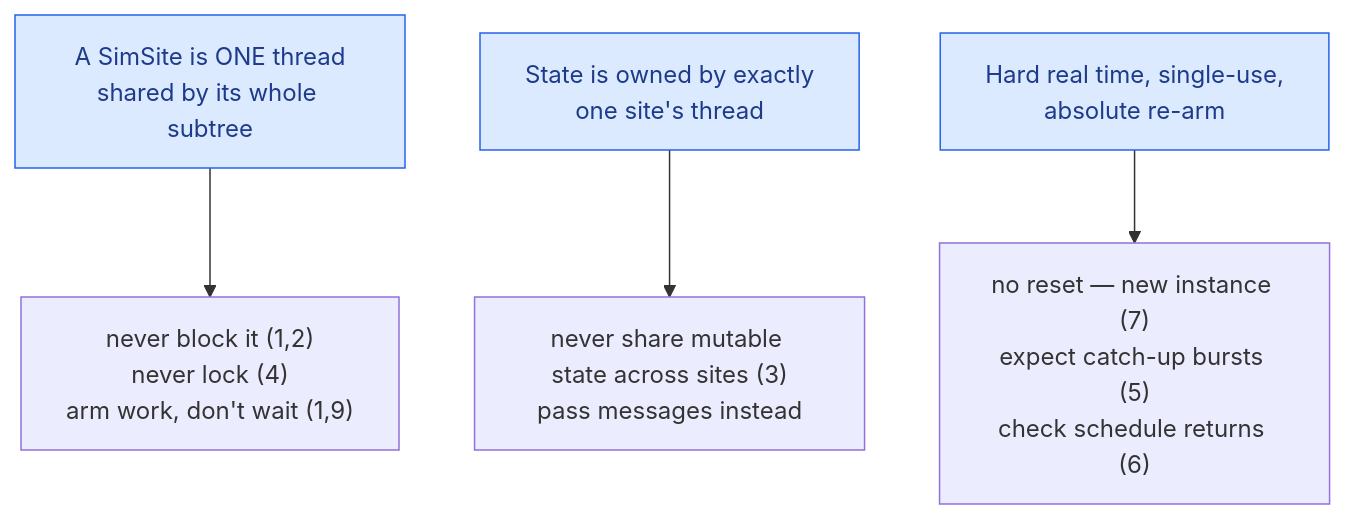
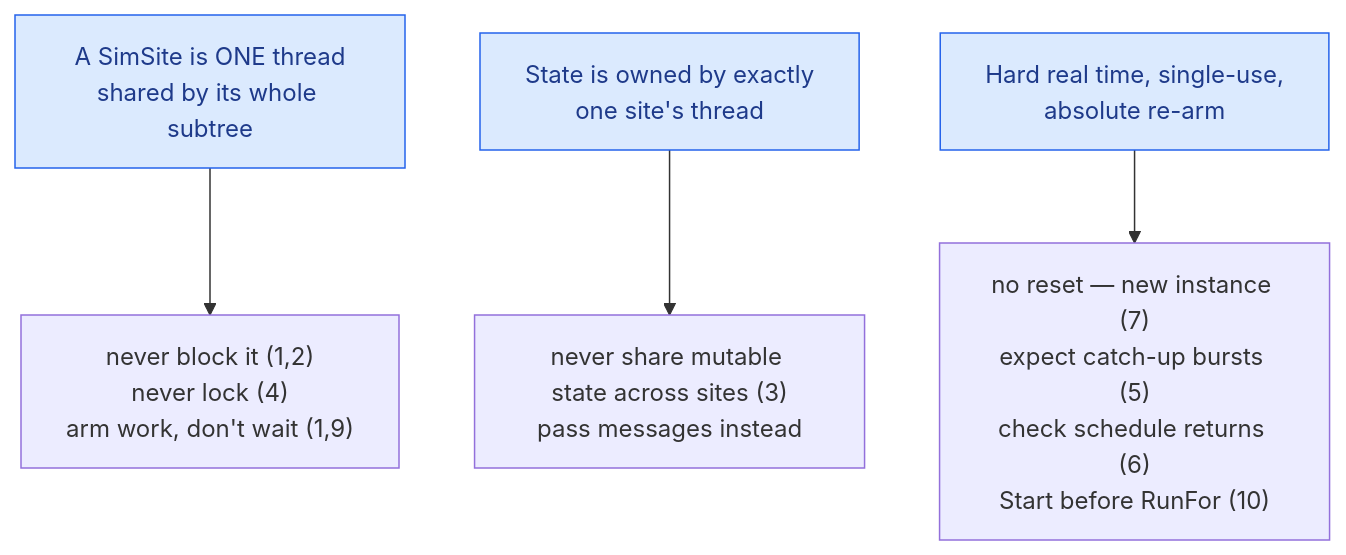
Before and after one commit to SimulaSharp-org/simulasharp-docs: the diagram in public/content/pitfalls.md, drawn with Mermaid. The commit also changed other lines of this file and 3 other files, not shown here.

````diff
--- a/public/content/pitfalls.md
+++ b/public/content/pitfalls.md
@@ -257,8 +292,8 @@
 ```mermaid
 flowchart TB
   R1["A SimSite is ONE thread<br/>shared by its whole subtree"] --> C1["never block it (1,2)<br/>never lock (4)<br/>arm work, don't wait (1,9)"]
   R2["State is owned by exactly<br/>one site's thread"] --> C2["never share mutable state across sites (3)<br/>pass messages instead"]
-  R3["Hard real time, single-use,<br/>absolute re-arm"] --> C3["no reset — new instance (7)<br/>expect catch-up bursts (5)<br/>check schedule returns (6)"]
+  R3["Hard real time, single-use,<br/>absolute re-arm"] --> C3["no reset — new instance (7)<br/>expect catch-up bursts (5)<br/>check schedule returns (6)<br/>Start before RunFor (10)"]
   classDef k fill:#dbeafe,stroke:#2563eb,color:#1e3a8a;
   class R1,R2,R3 k;
 ```
````
